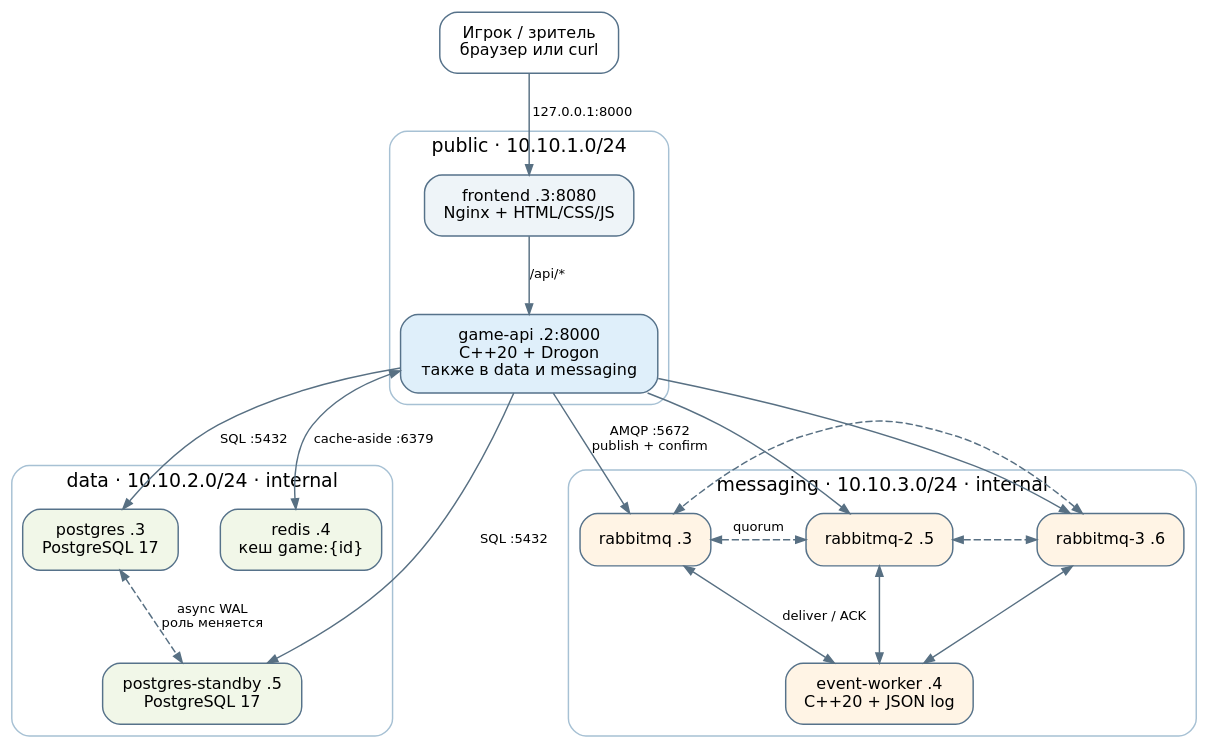
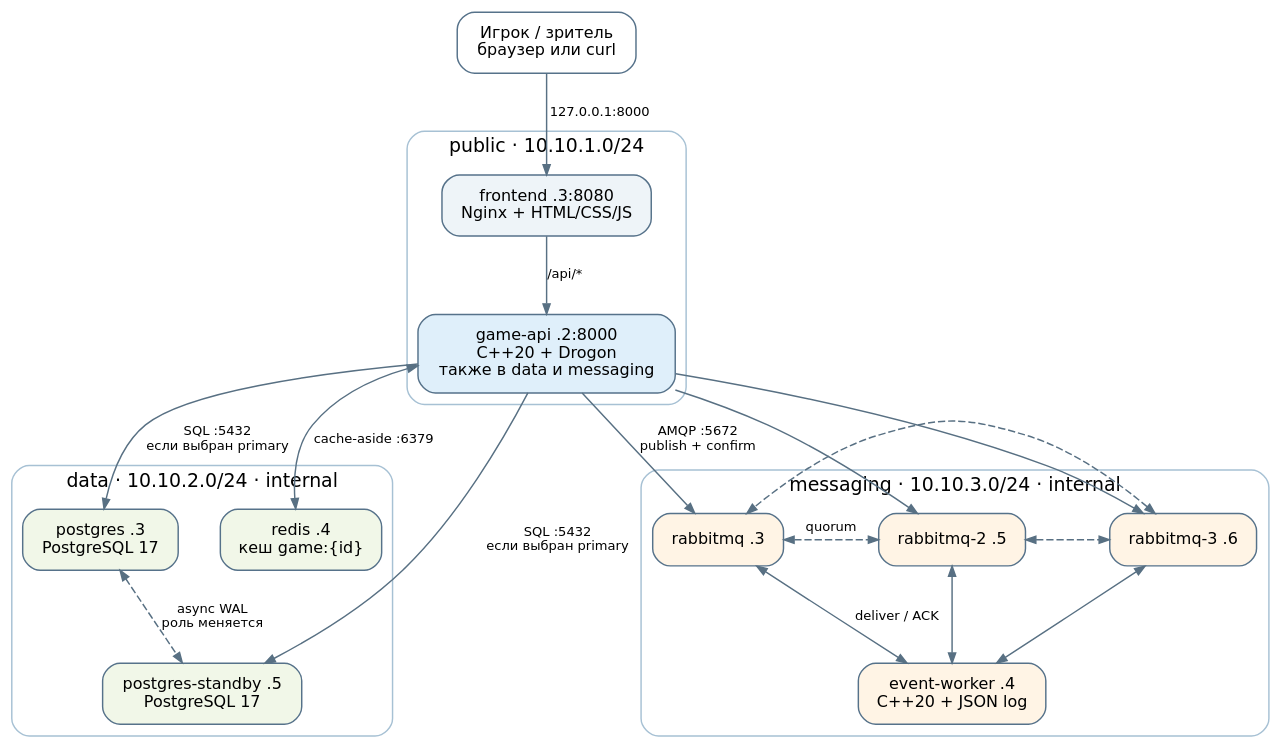
One commit to gdaneek/shls changed the diagram in docs/guide/_static/system.dot. Above: the diagram before and after it, drawn with Graphviz. The commit also changed 10 other files, not shown here.

```diff
--- a/docs/guide/_static/system.dot
+++ b/docs/guide/_static/system.dot
@@ -1,51 +1,51 @@
 digraph MiniCheckers {
   graph [rankdir=TB, bgcolor="transparent", pad="0.25", nodesep="0.4", ranksep="0.6", fontname="DejaVu Sans", fontsize=13];
   node [shape=box, style="rounded,filled", color="#56728a", fillcolor="#eef4f8", fontname="DejaVu Sans", fontsize=11, margin="0.18,0.12"];
   edge [color="#587083", fontname="DejaVu Sans", fontsize=9, arrowsize=0.7];
 
   browser [label="Игрок / зритель\nбраузер или curl", fillcolor="#ffffff"];
 
   subgraph cluster_public {
     label="public · 10.10.1.0/24";
     color="#a7c1d4";
     style="rounded";
     frontend [label="frontend .3:8080\nNginx + HTML/CSS/JS"];
     api [label="game-api .2:8000\nC++20 + Drogon\nтакже в data и messaging", fillcolor="#dfeffa"];
   }
 
   subgraph cluster_data {
     label="data · 10.10.2.0/24 · internal";
     color="#a7c1d4";
     style="rounded";
     pg [label="postgres .3\nPostgreSQL 17", fillcolor="#f1f7e8"];
     pg2 [label="postgres-standby .5\nPostgreSQL 17", fillcolor="#f1f7e8"];
     redis [label="redis .4\nкеш game:{id}", fillcolor="#f1f7e8"];
   }
 
   subgraph cluster_messaging {
     label="messaging · 10.10.3.0/24 · internal";
     color="#a7c1d4";
     style="rounded";
     mq1 [label="rabbitmq .3", fillcolor="#fff4e5"];
     mq2 [label="rabbitmq-2 .5", fillcolor="#fff4e5"];
     mq3 [label="rabbitmq-3 .6", fillcolor="#fff4e5"];
     worker [label="event-worker .4\nC++20 + JSON log", fillcolor="#fff4e5"];
     {rank=same; mq1; mq2; mq3;}
   }
 
   browser -> frontend [label="127.0.0.1:8000"];
   frontend -> api [label="/api/*"];
-  api -> pg [label="SQL :5432"];
-  api -> pg2 [label="SQL :5432"];
+  api -> pg [label="SQL :5432\nесли выбран primary"];
+  api -> pg2 [label="SQL :5432\nесли выбран primary"];
   pg -> pg2 [dir=both, style=dashed, label="async WAL\nроль меняется"];
   api -> redis [dir=both, label="cache-aside :6379"];
   api -> mq1 [label="AMQP :5672\npublish + confirm"];
   api -> mq2;
   api -> mq3;
   mq1 -> worker [dir=both, label="deliver / ACK"];
   mq2 -> worker [dir=both];
   mq3 -> worker [dir=both];
   mq1 -> mq2 [dir=both, style=dashed, constraint=false, label="quorum"];
   mq2 -> mq3 [dir=both, style=dashed, constraint=false];
   mq3 -> mq1 [dir=both, style=dashed, constraint=false];
 }
```
